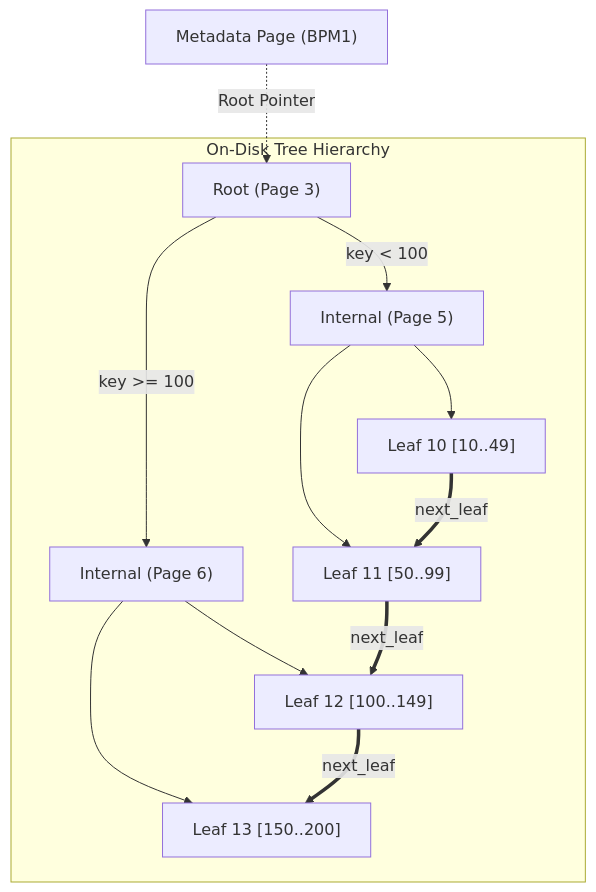
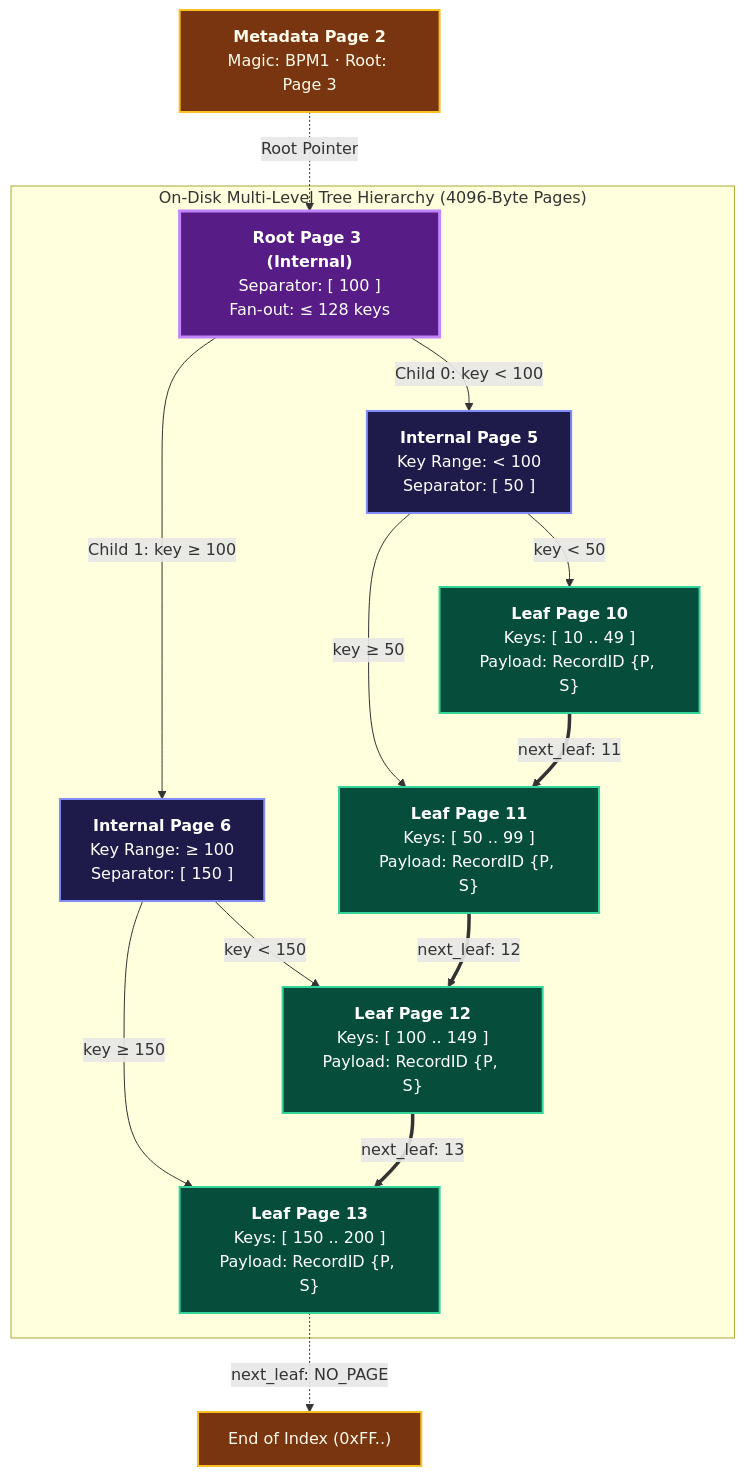
Before and after one commit to KAAZamapiloT/QUARTZ_DB: the diagram in docs/concepts/indexing.md, drawn with Mermaid. The commit also changed 26 other files, not shown here.

````diff
--- a/docs/concepts/indexing.md
+++ b/docs/concepts/indexing.md
@@ -17,18 +17,37 @@
 ```mermaid
-graph TD
-    Meta["Metadata Page (BPM1)"] -.->|Root Pointer| Root
-    
-    subgraph TreeNodes ["On-Disk Tree Hierarchy"]
-        Root["Root (Page 3)"] -->|key &lt; 100| LeftInt["Internal (Page 5)"]
-        Root -->|key &gt;= 100| RightInt["Internal (Page 6)"]
+flowchart TD
+    %% Colorful class definitions for B+ Tree components
+    classDef meta fill:#78350f,stroke:#fbbf24,stroke-width:2px,color:#fffbeb;
+    classDef rootNode fill:#581c87,stroke:#c084fc,stroke-width:3px,color:#ffffff;
+    classDef intNode fill:#1e1b4b,stroke:#818cf8,stroke-width:2px,color:#ffffff;
+    classDef leafNode fill:#064e3b,stroke:#34d399,stroke-width:2px,color:#ffffff;
 
-        LeftInt --> L1["Leaf 10 [10..49]"]
-        LeftInt --> L2["Leaf 11 [50..99]"]
-        RightInt --> L3["Leaf 12 [100..149]"]
-        RightInt --> L4["Leaf 13 [150..200]"]
+    Meta["<b>Metadata Page 2</b><br>Magic: BPM1 · Root: Page 3"]:::meta
+    Meta -.->|Root Pointer| Root
 
-        L1 ==>|next_leaf| L2
-        L2 ==>|next_leaf| L3
-        L3 ==>|next_leaf| L4
+    subgraph Hierarchy ["On-Disk Multi-Level Tree Hierarchy (4096-Byte Pages)"]
+        Root["<b>Root Page 3 (Internal)</b><br>Separator: [ 100 ]<br>Fan-out: &le; 128 keys"]:::rootNode
+
+        LeftInt["<b>Internal Page 5</b><br>Key Range: &lt; 100<br>Separator: [ 50 ]"]:::intNode
+        RightInt["<b>Internal Page 6</b><br>Key Range: &ge; 100<br>Separator: [ 150 ]"]:::intNode
+
+        Root -->|Child 0: key &lt; 100| LeftInt
+        Root -->|Child 1: key &ge; 100| RightInt
+
+        L1["<b>Leaf Page 10</b><br>Keys: [ 10 .. 49 ]<br>Payload: RecordID {P, S}"]:::leafNode
+        L2["<b>Leaf Page 11</b><br>Keys: [ 50 .. 99 ]<br>Payload: RecordID {P, S}"]:::leafNode
+        L3["<b>Leaf Page 12</b><br>Keys: [ 100 .. 149 ]<br>Payload: RecordID {P, S}"]:::leafNode
+        L4["<b>Leaf Page 13</b><br>Keys: [ 150 .. 200 ]<br>Payload: RecordID {P, S}"]:::leafNode
+
+        LeftInt -->|key &lt; 50| L1
+        LeftInt -->|key &ge; 50| L2
+        RightInt -->|key &lt; 150| L3
+        RightInt -->|key &ge; 150| L4
     end
+
+    %% Singly-Linked Horizontal Leaf Chain
+    L1 ==>|next_leaf: 11| L2
+    L2 ==>|next_leaf: 12| L3
+    L3 ==>|next_leaf: 13| L4
+    L4 -.->|next_leaf: NO_PAGE| Term["End of Index (0xFF..)"]:::meta
 ```
````
